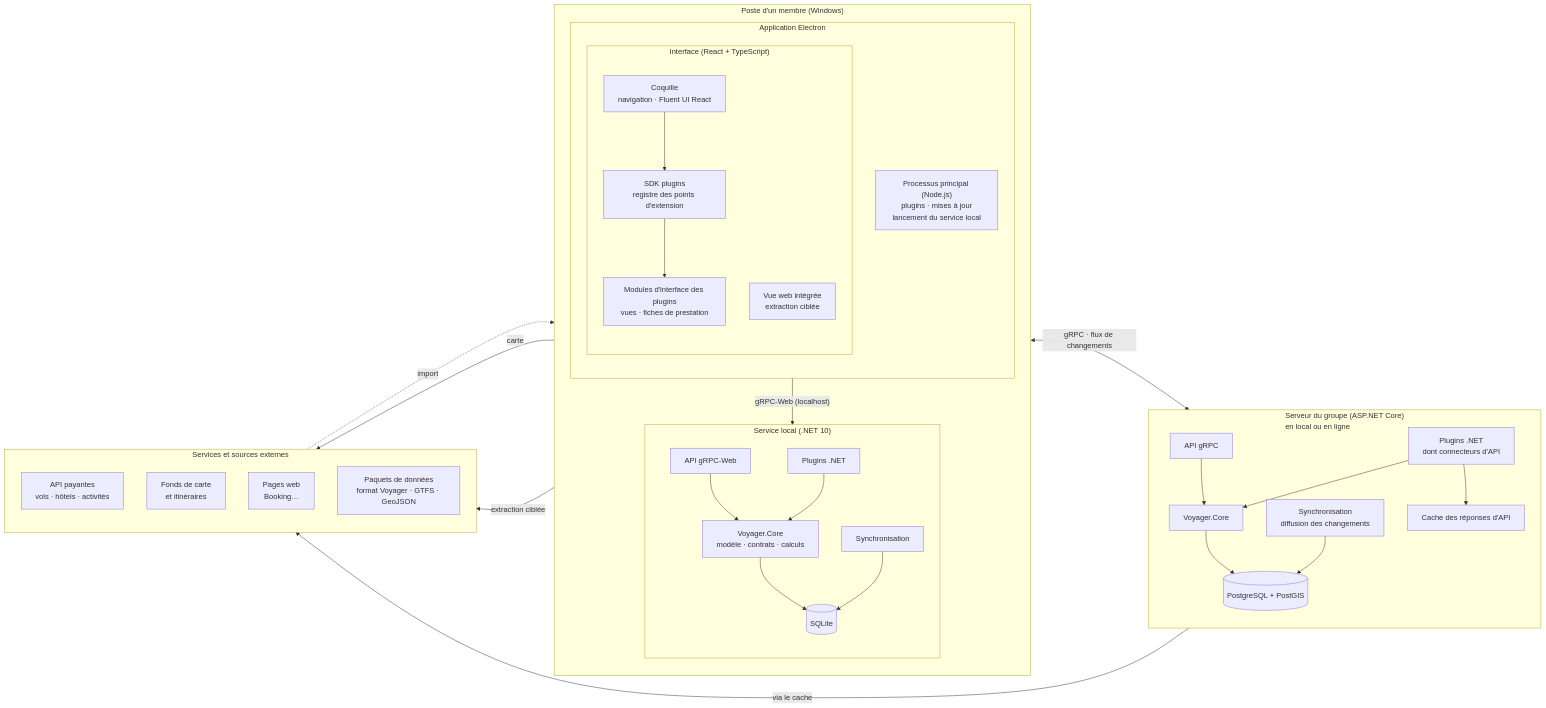
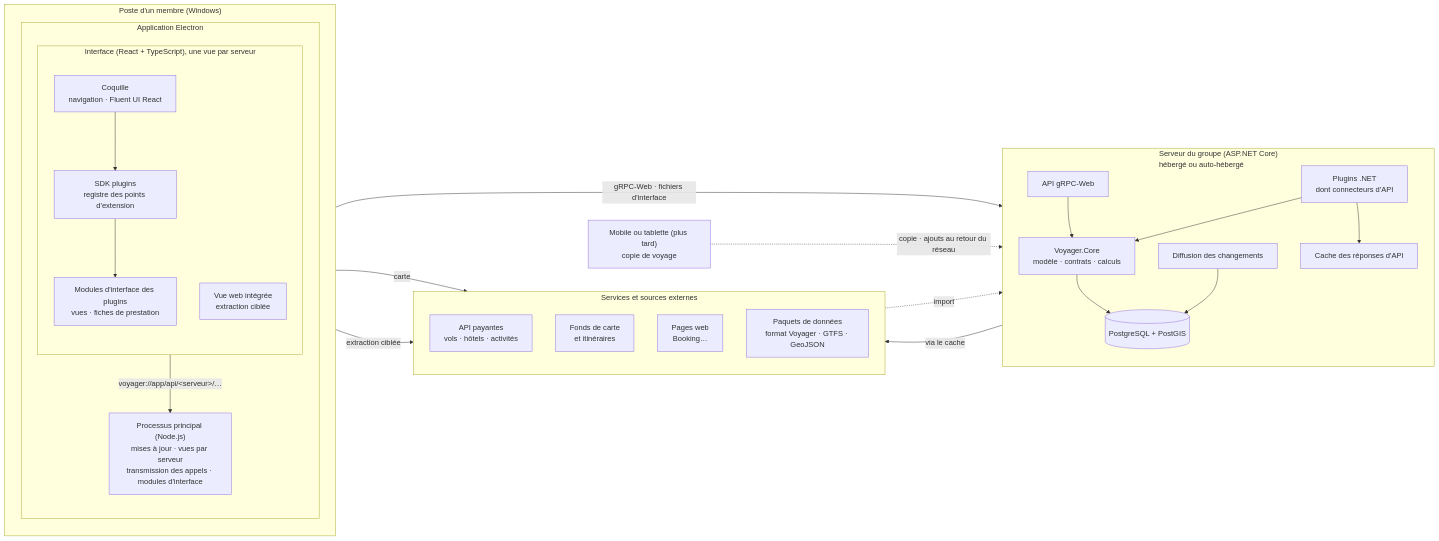
One commit to Nidk-Akanea/Voyager changed the first of 7 diagrams in docs/schemas/technique.md. Above: the diagram before and after it, drawn with Mermaid. The commit also changed other lines of this file and 156 other files, not shown here.

First line of the commit message:
refactor: remove the local service and the plugin management on the desktop (#43)

````diff
--- a/docs/schemas/technique.md
+++ b/docs/schemas/technique.md
@@ -8,58 +10,50 @@
 ```mermaid
 flowchart LR
     subgraph Poste["Poste d'un membre (Windows)"]
         direction TB
         subgraph App["Application Electron"]
             direction TB
-            Main["Processus principal (Node.js)<br/>plugins · mises à jour<br/>lancement du service local"]
-            subgraph UI["Interface (React + TypeScript)"]
+            Main["Processus principal (Node.js)<br/>mises à jour · vues par serveur<br/>transmission des appels · modules d'interface"]
+            subgraph UI["Interface (React + TypeScript), une vue par serveur"]
                 direction TB
                 Shell["Coquille<br/>navigation · Fluent UI React"]
                 SDK["SDK plugins<br/>registre des points d'extension"]
                 PUI["Modules d'interface des plugins<br/>vues · fiches de prestation"]
                 WebView["Vue web intégrée<br/>extraction ciblée"]
                 Shell --> SDK --> PUI
             end
+            UI -- "voyager://app/api/&lt;serveur&gt;/…" --> Main
         end
-        subgraph Local["Service local (.NET 10)"]
-            direction TB
-            LApi["API gRPC-Web"]
-            LCore["Voyager.Core<br/>modèle · contrats · calculs"]
-            LPlug["Plugins .NET"]
-            LSync["Synchronisation"]
-            SQLite[("SQLite")]
-            LApi --> LCore --> SQLite
-            LPlug --> LCore
-            LSync --> SQLite
-        end
-        App -- "gRPC-Web (localhost)" --> Local
     end
 
-    subgraph Server["Serveur du groupe (ASP.NET Core)<br/>en local ou en ligne"]
+    Mobile["Mobile ou tablette (plus tard)<br/>copie de voyage"]
+
+    subgraph Server["Serveur du groupe (ASP.NET Core)<br/>hébergé ou auto-hébergé"]
         direction TB
-        SApi["API gRPC"]
-        SCore["Voyager.Core"]
+        SApi["API gRPC-Web"]
+        SCore["Voyager.Core<br/>modèle · contrats · calculs"]
         SPlug["Plugins .NET<br/>dont connecteurs d'API"]
-        SSync["Synchronisation<br/>diffusion des changements"]
+        SSync["Diffusion des changements"]
         Cache["Cache des réponses d'API"]
         PG[("PostgreSQL + PostGIS")]
         SApi --> SCore --> PG
         SPlug --> SCore
         SSync --> PG
         SPlug --> Cache
     end
 
     subgraph Ext["Services et sources externes"]
         direction TB
         Apis["API payantes<br/>vols · hôtels · activités"]
         Maps["Fonds de carte<br/>et itinéraires"]
         Pages["Pages web<br/>Booking…"]
         Packs["Paquets de données<br/>format Voyager · GTFS · GeoJSON"]
     end
 
-    Local <-- "gRPC · flux de changements" --> Server
+    Main -- "gRPC-Web · fichiers d'interface" --> Server
+    Mobile -. "copie · ajouts au retour du réseau" .-> Server
     Server -- "via le cache" --> Apis
     App -- "carte" --> Maps
     App -- "extraction ciblée" --> Pages
-    Packs -. import .-> Local
+    Packs -. import .-> Server
 ```
````
